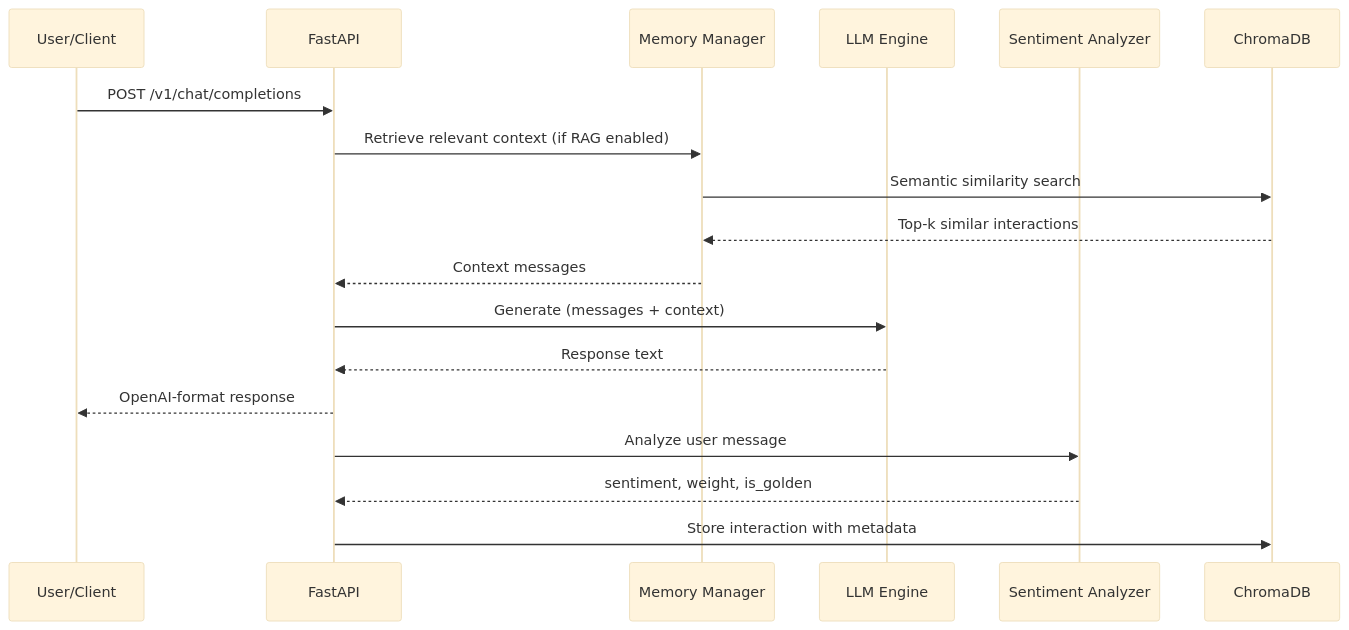
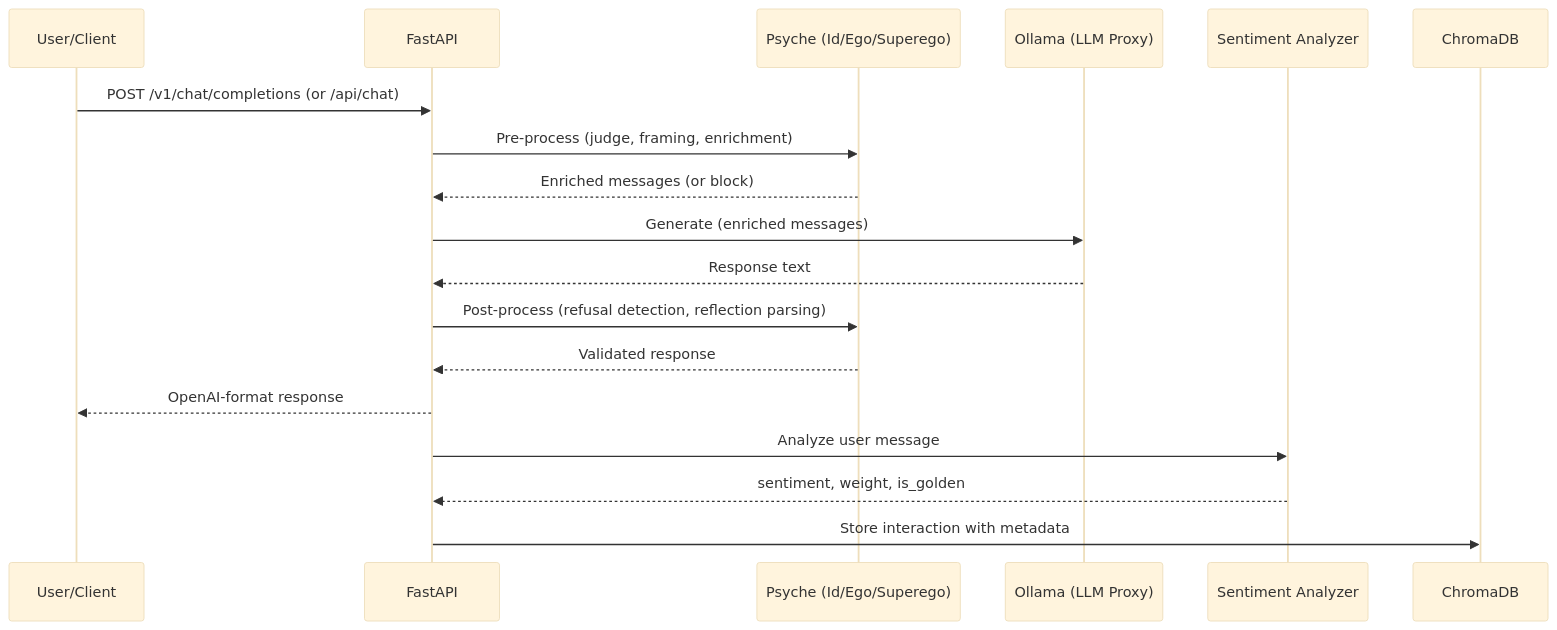
Before and after one commit to manikmakki/Project-RLHFL: the second of 7 diagrams in FOR_NERDS.md, drawn with Mermaid (base theme). The commit also changed other lines of this file and 22 other files, not shown here.

````diff
--- a/FOR_NERDS.md
+++ b/FOR_NERDS.md
@@ -89,21 +91,21 @@
 ```mermaid
 sequenceDiagram
     participant U as User/Client
     participant API as FastAPI
-    participant RAG as Memory Manager
-    participant LLM as LLM Engine
+    participant PSY as Psyche (Id/Ego/Superego)
+    participant LLM as Ollama (LLM Proxy)
     participant SA as Sentiment Analyzer
     participant DB as ChromaDB
 
-    U->>API: POST /v1/chat/completions
-    API->>RAG: Retrieve relevant context (if RAG enabled)
-    RAG->>DB: Semantic similarity search
-    DB-->>RAG: Top-k similar interactions
-    RAG-->>API: Context messages
-    API->>LLM: Generate (messages + context)
+    U->>API: POST /v1/chat/completions (or /api/chat)
+    API->>PSY: Pre-process (judge, framing, enrichment)
+    PSY-->>API: Enriched messages (or block)
+    API->>LLM: Generate (enriched messages)
     LLM-->>API: Response text
+    API->>PSY: Post-process (refusal detection, reflection parsing)
+    PSY-->>API: Validated response
     API-->>U: OpenAI-format response
     API->>SA: Analyze user message
     SA-->>API: sentiment, weight, is_golden
     API->>DB: Store interaction with metadata
 ```
````
